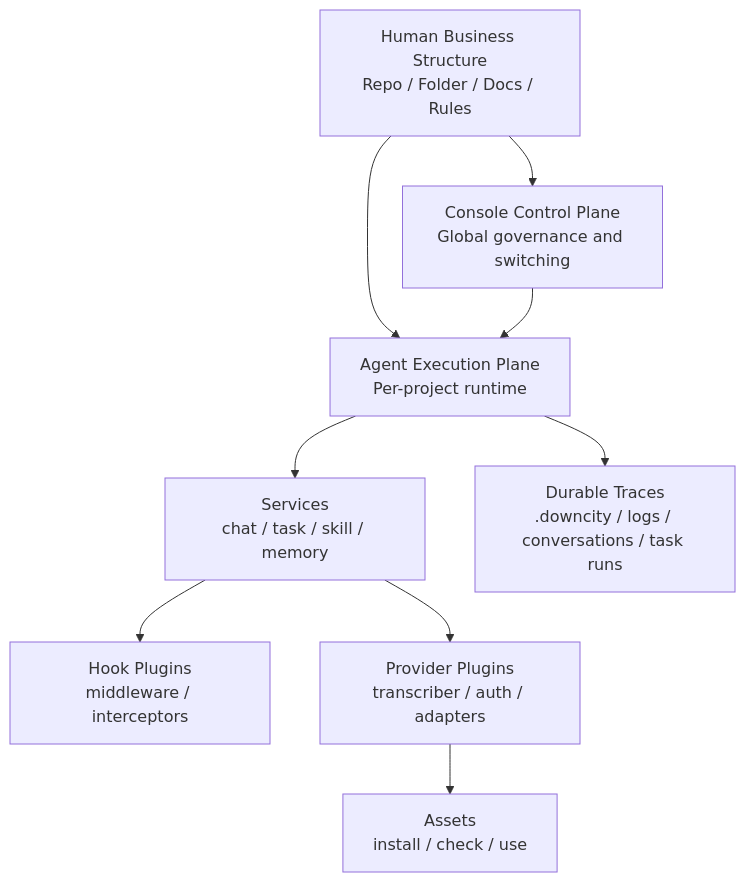
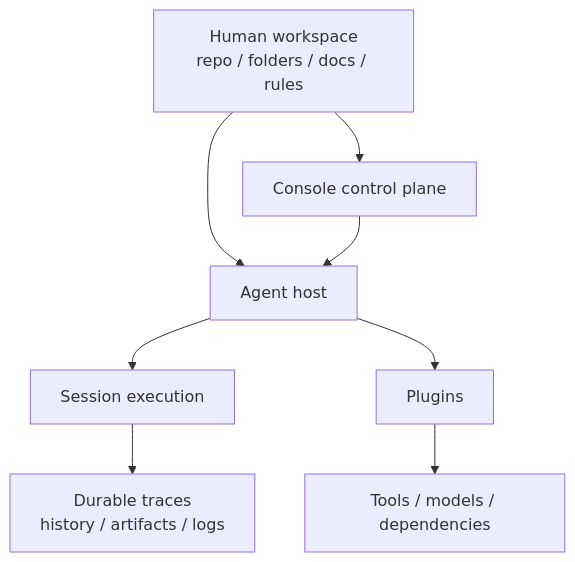
Before and after one commit to wangenius/downcity: the diagram in homepage/content/devdocs/zh/philosophy/principles.mdx, drawn with Mermaid. The commit also changed other lines of this file and 433 other files, not shown here.

Commit message:
refactor(agent,city): unify plugin-session architecture

````diff
--- a/homepage/content/devdocs/zh/philosophy/principles.mdx
+++ b/homepage/content/devdocs/zh/philosophy/principles.mdx
@@ -126,11 +52,10 @@
 ```mermaid
 flowchart TD
-  H["Human Business Structure<br/>Repo / Folder / Docs / Rules"] --> C["Console Control Plane<br/>Global governance and switching"]
-  H --> A["Agent Execution Plane<br/>Per-project runtime"]
+  H["Human workspace<br/>repo / folders / docs / rules"] --> C["Console control plane"]
+  H --> A["Agent host"]
   C --> A
-  A --> S["Services<br/>chat / task / skill / memory"]
-  S --> HP["Hook Plugins<br/>middleware / interceptors"]
-  S --> PP["Provider Plugins<br/>transcriber / auth / adapters"]
-  PP --> T["Assets<br/>install / check / use"]
-  A --> D["Durable Traces<br/>.downcity / logs / conversations / task runs"]
+  A --> S["Session execution"]
+  A --> P["Plugins"]
+  P --> T["Tools / models / dependencies"]
+  S --> D["Durable traces<br/>history / artifacts / logs"]
 ```
````
